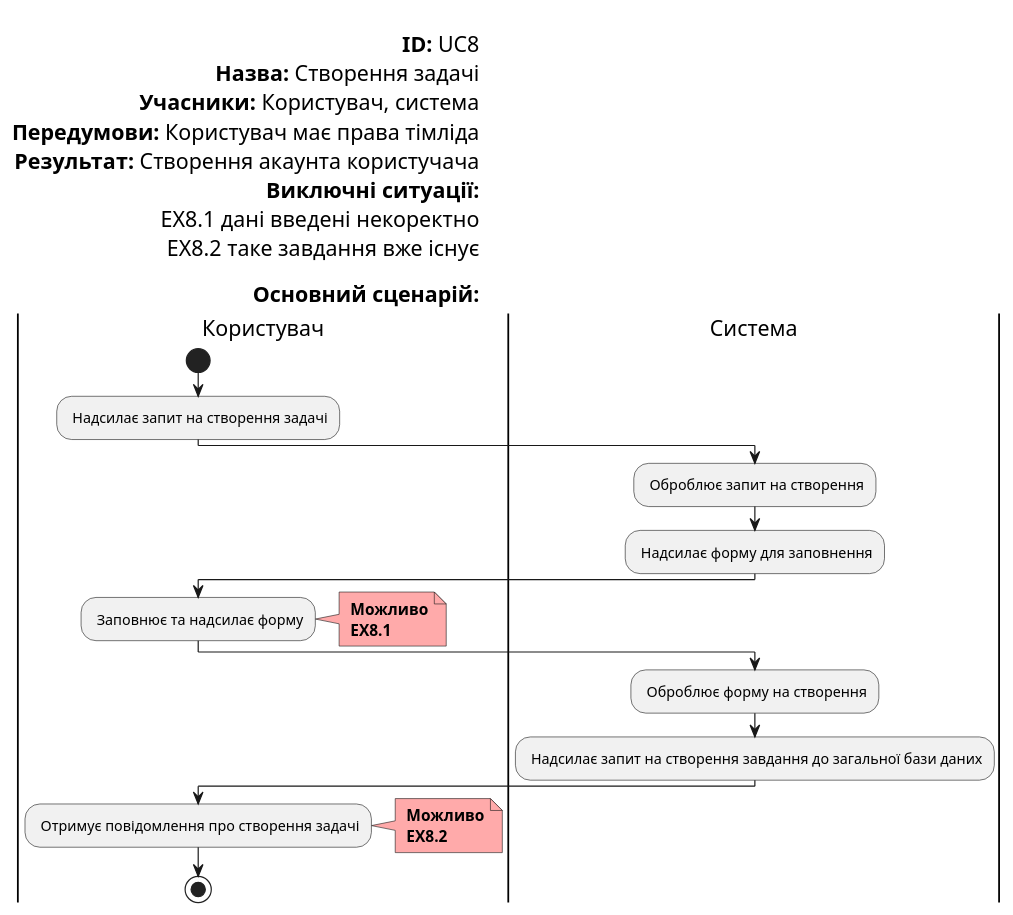
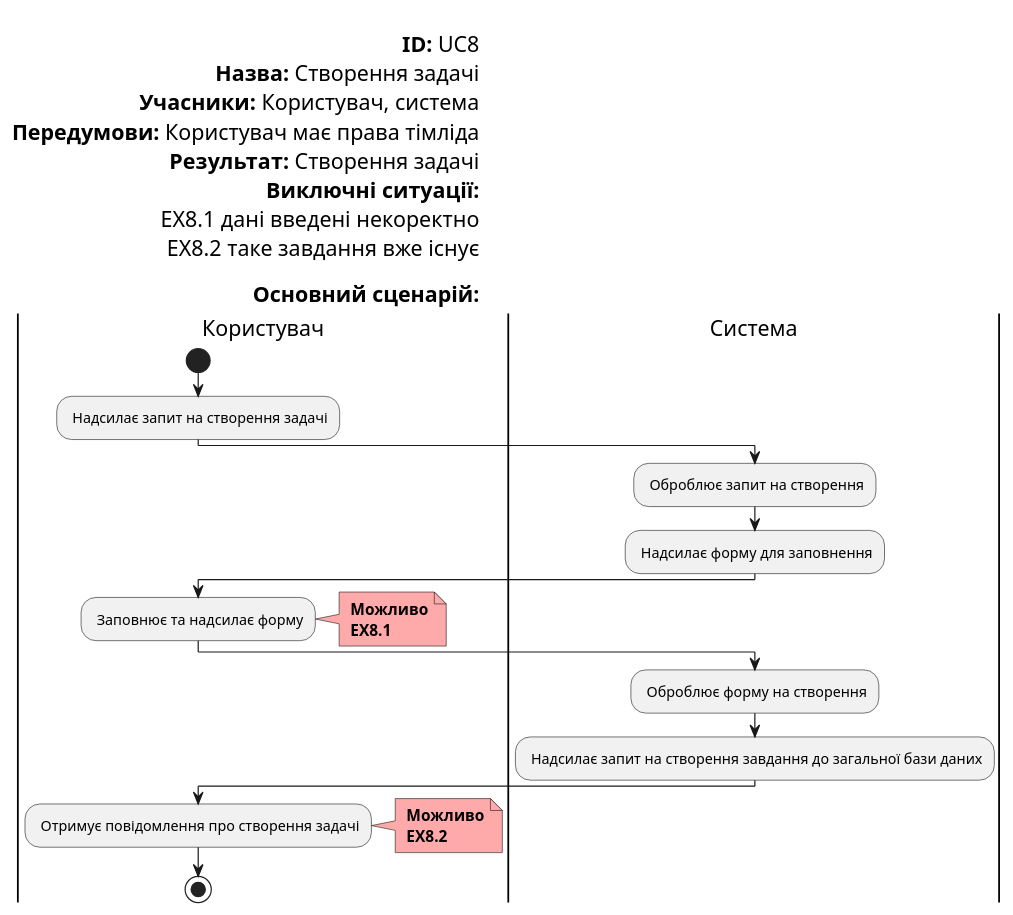
One commit to boldak/database_basics_template changed the diagram in docs/use cases/createTask.puml. Above: the diagram before and after it, drawn with PlantUML. The commit also changed 1 other file, not shown here.

```diff
--- a/docs/use cases/createTask.puml
+++ b/docs/use cases/createTask.puml
@@ -1,48 +1,48 @@
 @startuml
     left header
 
         <font color=000 size=18><b>ID:</b> UC8
         <font color=000 size=18><b>Назва:</b> Створення задачі
         <font color=000 size=18><b>Учасники:</b> Користувач, система
         <font color=000 size=18><b>Передумови:</b> Користувач має права тімліда
-        <font color=000 size=18><b>Результат:</b> Створення акаунта користучача
+        <font color=000 size=18><b>Результат:</b> Створення задачі
         <font color=000 size=18><b>Виключні ситуації:</b>
         <font color=000 size=18> EX8.1 дані введені некоректно
         <font color=000 size=18> EX8.2 таке завдання вже існує
         
         <font color=000 size=18><b>Основний сценарій:</b>
     end header
 
     |Користувач|
         start
         
         : Надсилає запит на створення задачі;
         
     |Система|
         
         : Оброблює запит на створення;
         : Надсилає форму для заповнення;
         
     |Користувач|
     
         : Заповнює та надсилає форму;
         note right #ffaaaa
         <b> Можливо
         <b> EX8.1
         end note
         
     |Система|
     
         : Оброблює форму на створення;
     
         : Надсилає запит на створення завдання до загальної бази даних;
         
     |Користувач|
         : Отримує повідомлення про створення задачі;
         note right #ffaaaa
         <b> Можливо
         <b> EX8.2
         end note
         stop;
 
 @enduml
```
